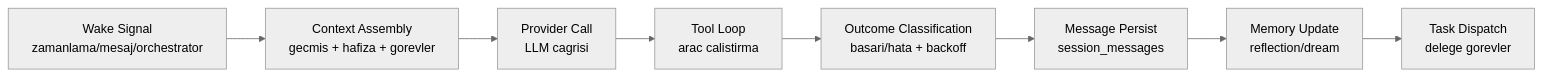
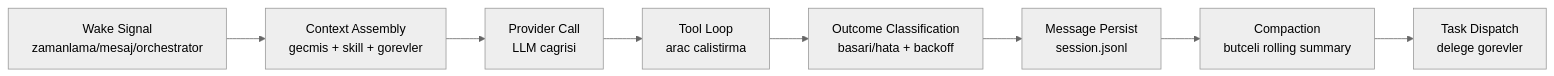
The second of 2 diagrams in _Docs/01-MIMARI.md (bilal-arikan/tionharness), drawn with Mermaid (neutral theme) before and after one commit. The commit also changed other lines of this file and 20 other files, not shown here.

````diff
--- a/_Docs/01-MIMARI.md
+++ b/_Docs/01-MIMARI.md
@@ -39,10 +42,10 @@
 ```mermaid
 graph LR
-    W[Wake Signal<br/>zamanlama/mesaj/orchestrator] --> CTX[Context Assembly<br/>gecmis + hafiza + gorevler]
+    W[Wake Signal<br/>zamanlama/mesaj/orchestrator] --> CTX[Context Assembly<br/>gecmis + skill + gorevler]
     CTX --> CALL[Provider Call<br/>LLM cagrisi]
     CALL --> TOOL[Tool Loop<br/>arac calistirma]
     TOOL --> OUT[Outcome Classification<br/>basari/hata + backoff]
-    OUT --> PERSIST[Message Persist<br/>session_messages]
-    PERSIST --> MEMUP[Memory Update<br/>reflection/dream]
-    MEMUP --> DISPATCH[Task Dispatch<br/>delege gorevler]
+    OUT --> PERSIST[Message Persist<br/>session.jsonl]
+    PERSIST --> COMPACT[Compaction<br/>butceli rolling summary]
+    COMPACT --> DISPATCH[Task Dispatch<br/>delege gorevler]
 ```
````
